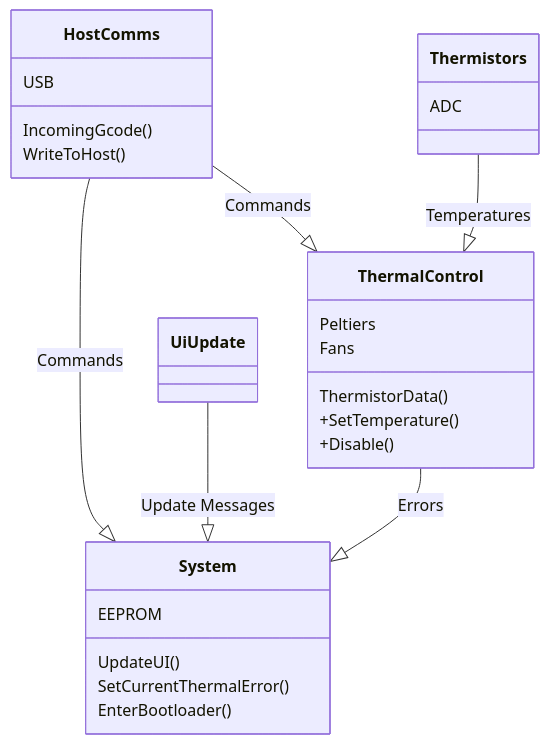
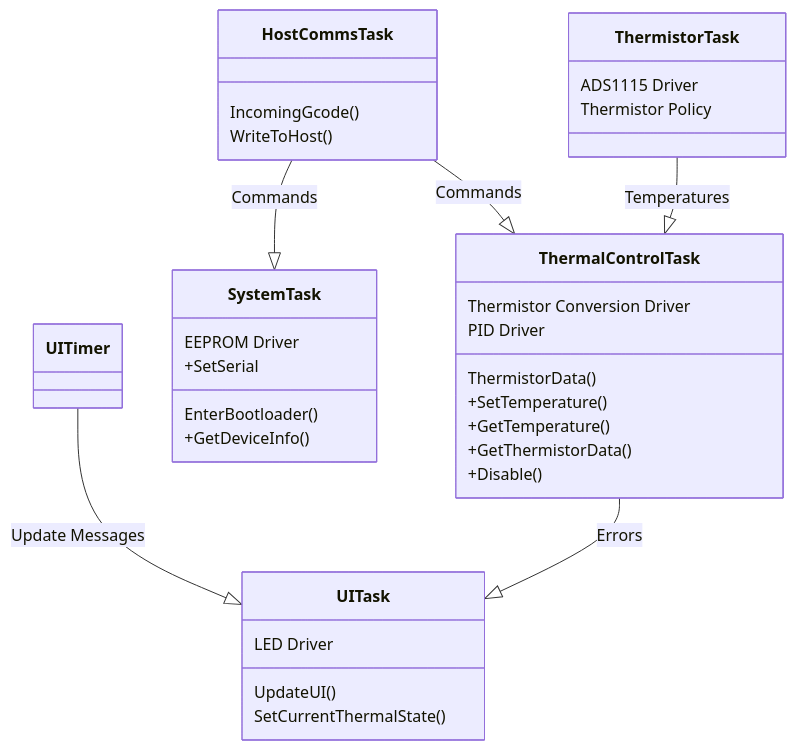
Before and after one commit to Opentrons/opentrons-modules: the diagram in stm32-modules/tempdeck-gen3/firmware/README.md, drawn with Mermaid. The commit also changed other lines of this file, not shown here.

Commit message:
WIP TD3 firmware docs

````diff
--- a/stm32-modules/tempdeck-gen3/firmware/README.md
+++ b/stm32-modules/tempdeck-gen3/firmware/README.md
@@ -22,31 +46,41 @@
 ```mermaid
 classDiagram
-    class HostComms
-    HostComms : USB
-    HostComms : IncomingGcode()
-    HostComms : WriteToHost()
+    class HostCommsTask {
+        IncomingGcode()
+        WriteToHost()
+    }
 
-    class UiUpdate
+    class UITimer
 
-    class System
-    System : EEPROM
-    System : UpdateUI()
-    System : SetCurrentThermalError()
-    System : EnterBootloader()
+    class UITask {
+        LED Driver
+        UpdateUI()
+        SetCurrentThermalState()
+    }
 
-    class Thermistors
-    Thermistors : ADC
+    class SystemTask{
+        EEPROM Driver
+        EnterBootloader()
+        +GetDeviceInfo()
+        +SetSerial
+    }
+    class ThermistorTask{
+        ADS1115 Driver
+        Thermistor Policy
+    }
+    class ThermalControlTask {
+        Thermistor Conversion Driver
+        PID Driver
+        ThermistorData()
+        +SetTemperature()
+        +GetTemperature()
+        +GetThermistorData()
+        +Disable()
+    }
 
-    class ThermalControl
-    ThermalControl : Peltiers
-    ThermalControl : Fans
-    ThermalControl : ThermistorData()
-    ThermalControl : +SetTemperature()
-    ThermalControl : +Disable()
-
-    HostComms --|> System : Commands
-    HostComms --|> ThermalControl : Commands
-    Thermistors --|> ThermalControl : Temperatures
-    UiUpdate --|> System : Update Messages
-    ThermalControl --|> System : Errors
+    HostCommsTask --|> SystemTask : Commands
+    HostCommsTask --|> ThermalControlTask : Commands
+    ThermistorTask --|> ThermalControlTask : Temperatures
+    UITimer --|> UITask : Update Messages
+    ThermalControlTask --|> UITask : Errors
 ```
````
